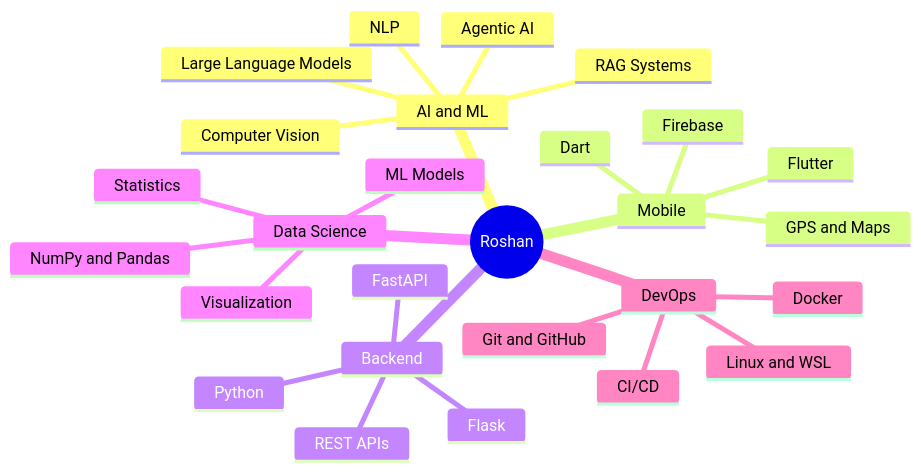
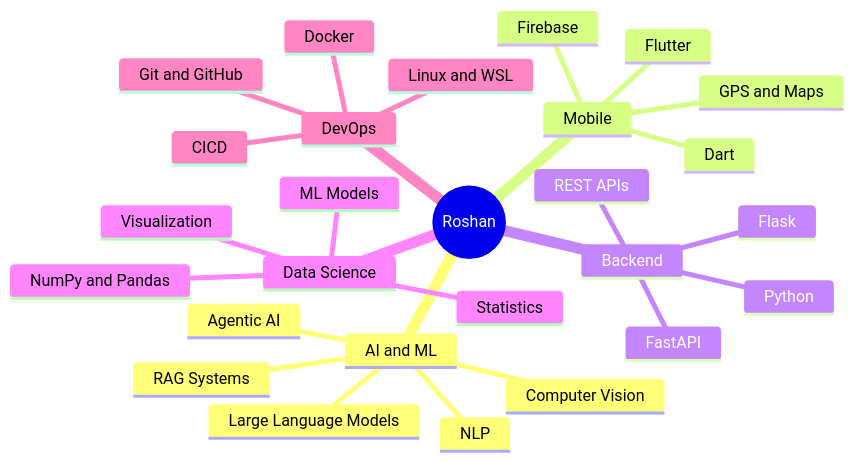
The diagram in README.md (roshanalexander22/roshanalexander22), drawn with Mermaid before and after one commit. The commit also changed other lines of this file, not shown here.

````diff
--- a/README.md
+++ b/README.md
@@ -208,30 +227,30 @@
 ```mermaid
 mindmap
   root((Roshan))
     AI and ML
       Large Language Models
       RAG Systems
       Agentic AI
       Computer Vision
       NLP
     Mobile
       Flutter
       Dart
       Firebase
       GPS and Maps
     Backend
       FastAPI
       Flask
       REST APIs
       Python
     Data Science
       NumPy and Pandas
       Visualization
       ML Models
       Statistics
     DevOps
       Git and GitHub
       Docker
       Linux and WSL
-      CI/CD
+      CICD
 ```
````
